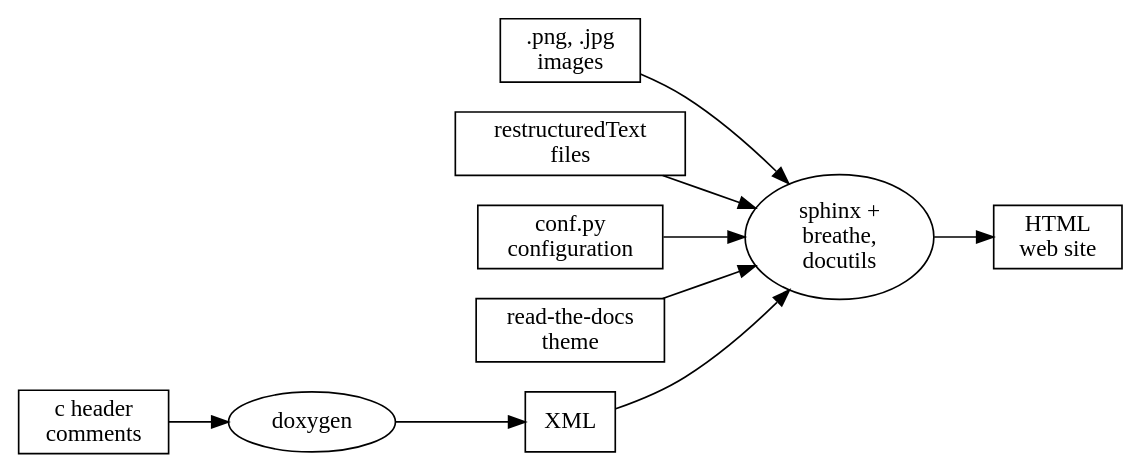
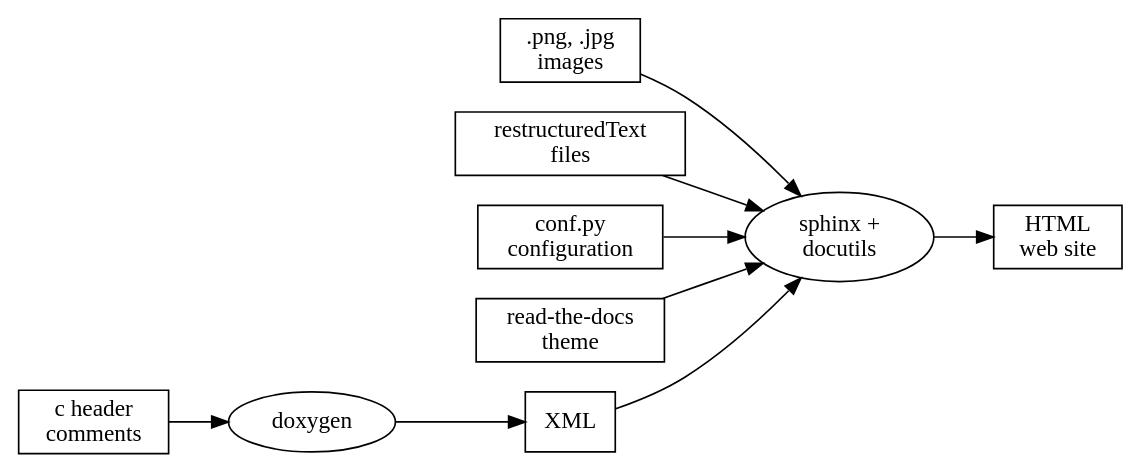
The diagram in firmware/zephyr/doc/contribute/documentation/generation.rst (DeepSpace00/Awohali), drawn with Graphviz before and after one commit. The commit also changed other lines of this file and 16260 other files, not shown here.

```diff
--- a/firmware/zephyr/doc/contribute/documentation/generation.rst
+++ b/firmware/zephyr/doc/contribute/documentation/generation.rst
@@ -42,23 +42,23 @@
 .. graphviz::
    :caption: Schematic of the documentation build process
 
    digraph {
       rankdir=LR
 
       images [shape="rectangle" label=".png, .jpg\nimages"]
       rst [shape="rectangle" label="restructuredText\nfiles"]
       conf [shape="rectangle" label="conf.py\nconfiguration"]
       rtd [shape="rectangle" label="read-the-docs\ntheme"]
       header [shape="rectangle" label="c header\ncomments"]
       xml [shape="rectangle" label="XML"]
       html [shape="rectangle" label="HTML\nweb site"]
-      sphinx[shape="ellipse" label="sphinx +\nbreathe,\ndocutils"]
+      sphinx[shape="ellipse" label="sphinx +\ndocutils"]
       images -> sphinx
       rst -> sphinx
       conf -> sphinx
       header -> doxygen
       doxygen -> xml
       xml-> sphinx
       rtd -> sphinx
       sphinx -> html
    }
```
